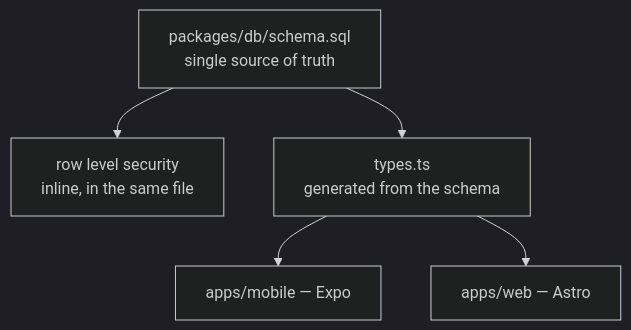
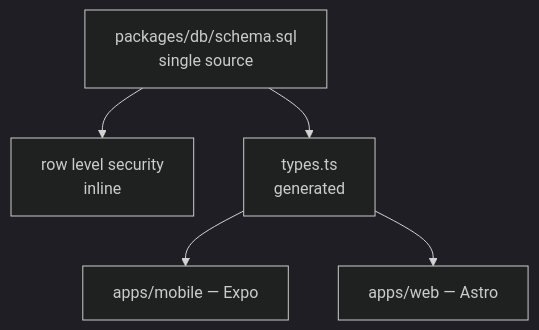
The first of 2 diagrams in ingilizceciyiz.md (mobilteknolojileri/case-studies), drawn with Mermaid (dark theme) before and after one commit. The commit also changed other lines of this file, not shown here.

Commit message:
docs(ingilizceciyiz): narrow diagrams for mobile

````diff
--- a/ingilizceciyiz.md
+++ b/ingilizceciyiz.md
@@ -34,13 +34,13 @@
 ```mermaid
 flowchart TD
-    S["packages/db/schema.sql<br/>single source of truth"]
-    R["row level security<br/>inline, in the same file"]
-    T["types.ts<br/>generated from the schema"]
+    S["packages/db/schema.sql<br/>single source"]
+    R["row level security<br/>inline"]
+    T["types.ts<br/>generated"]
     M["apps/mobile — Expo"]
     W["apps/web — Astro"]
 
     S --> R
     S --> T
     T --> M
     T --> W
 ```
````
